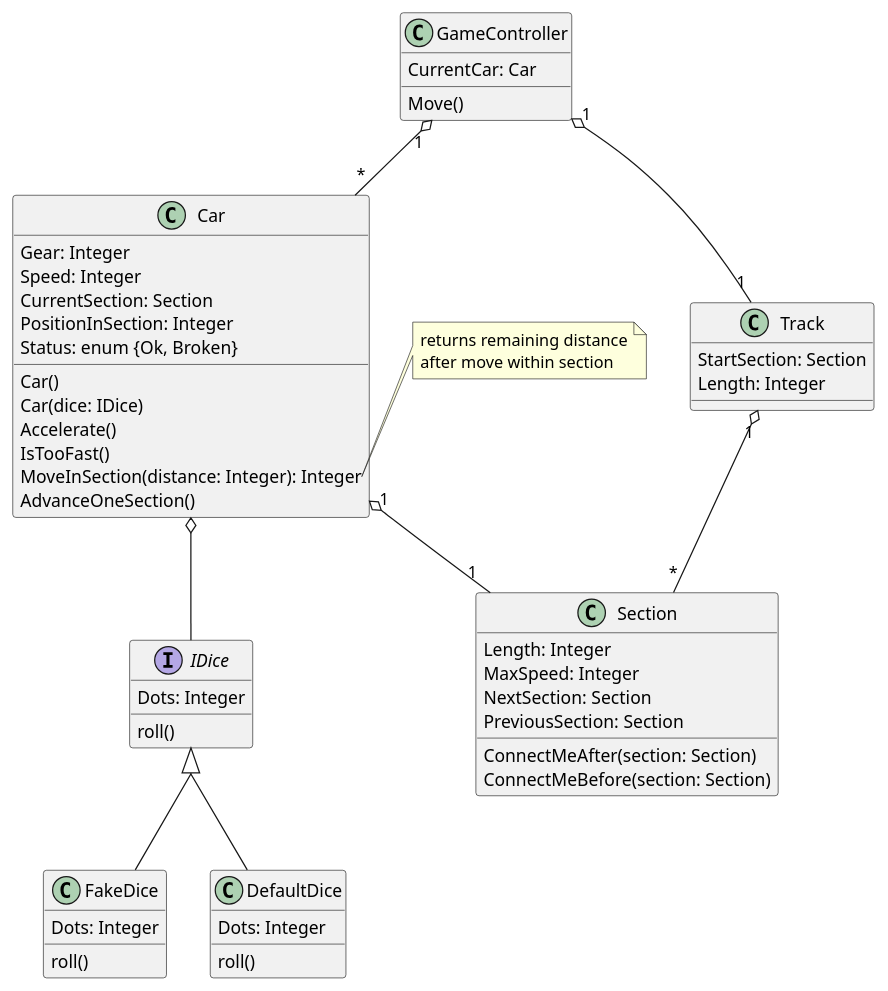
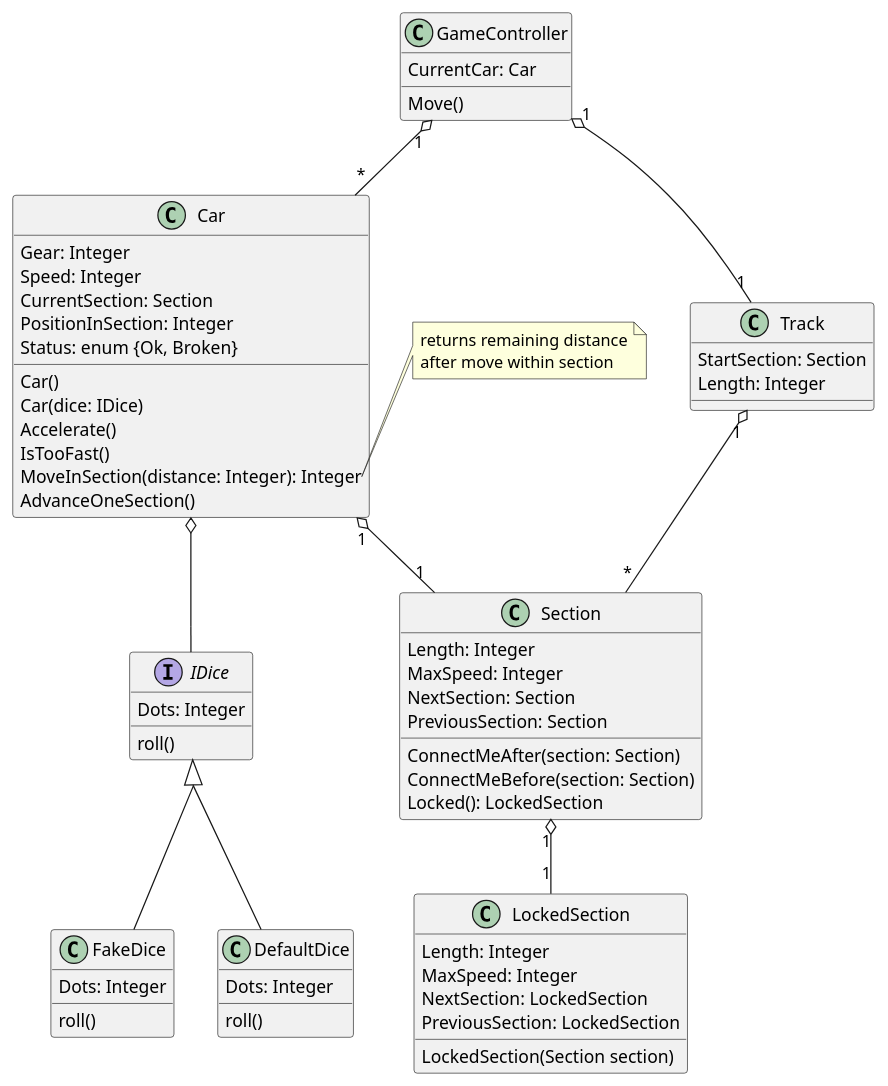
Before and after one commit to htl-leo-syp-project-organization/if.05.61_00-class-materials: the diagram in Units/UnitTesting/CarRace/Readme.md, drawn with PlantUML. The commit also changed 2 other files, not shown here.

Commit message:
Changed Track to return LockedSection

````diff
--- a/Units/UnitTesting/CarRace/Readme.md
+++ b/Units/UnitTesting/CarRace/Readme.md
@@ -3,69 +3,81 @@
 ```plantuml
 @startuml
 skinparam groupInheritance 2
 
 interface IDice {
     Dots: Integer 
     roll()
 }
 
 class FakeDice {
     Dots: Integer 
     roll()
 }
 
 class DefaultDice {
     Dots: Integer 
     roll()
 }
 
 IDice <|-- FakeDice
 IDice <|-- DefaultDice
 
 
 class Car {
     Gear: Integer
     Speed: Integer
     CurrentSection: Section
     PositionInSection: Integer
     Status: enum {Ok, Broken}
 
     Car()
     Car(dice: IDice)
     Accelerate()
     IsTooFast()
     MoveInSection(distance: Integer): Integer
     AdvanceOneSection()
 }
 
 note right of Car::MoveInSection
     returns remaining distance
     after move within section
 endnote
 
 Car o-- IDice
 Car "1" o-- "1" Section
 
 class Section {
     Length: Integer
     MaxSpeed: Integer
     NextSection: Section
     PreviousSection: Section
     ConnectMeAfter(section: Section)
     ConnectMeBefore(section: Section)
+    Locked(): LockedSection
+}
+
+Section "1" o-- "1" LockedSection
+
+class LockedSection {
+    Length: Integer
+    MaxSpeed: Integer
+    NextSection: LockedSection
+    PreviousSection: LockedSection
+
+    LockedSection(Section section)
 }
 
 class Track
 Track : StartSection: Section
 Track : Length: Integer
 Track "1" o-- "*" Section
 
 class GameController {
     CurrentCar: Car
     Move()
 }
 GameController "1" o-- "*" Car
 GameController "1" o-- "1" Track
 
 @enduml
 ```
````
